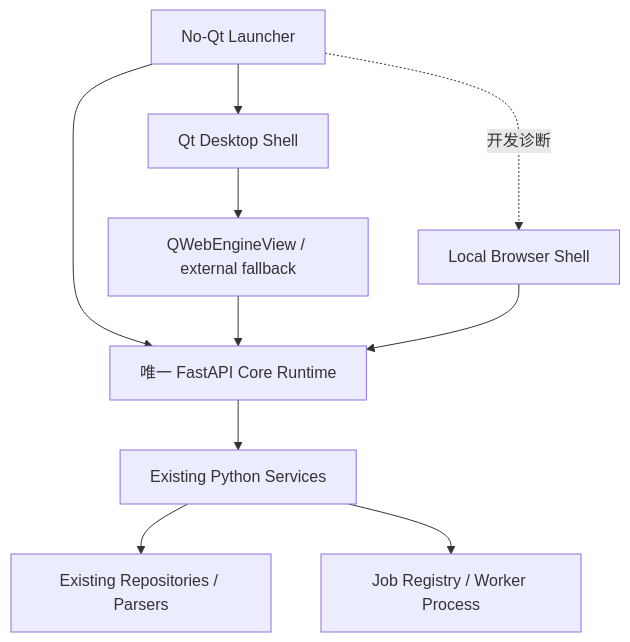
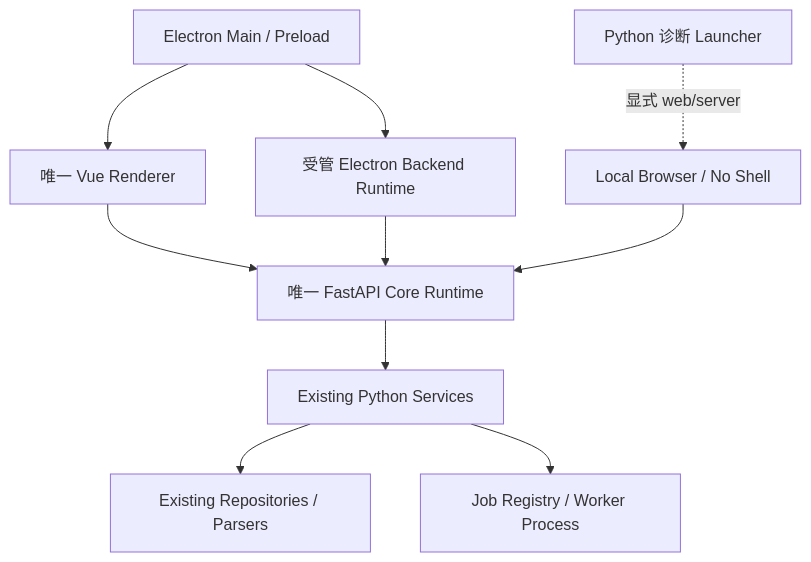
The first of 4 diagrams in docs/WEB_ARCHITECTURE.md (wxj183589/NetConsole), drawn with Mermaid before and after one commit. The commit also changed other lines of this file and 19 other files, not shown here.

````diff
--- a/docs/WEB_ARCHITECTURE.md
+++ b/docs/WEB_ARCHITECTURE.md
@@ -13,12 +13,12 @@
 ```mermaid
 flowchart TD
-    L["No-Qt Launcher"] --> API["唯一 FastAPI Core Runtime"]
-    L --> QS["Qt Desktop Shell"]
-    L -.开发诊断.-> B["Local Browser Shell"]
-    QS --> WV["QWebEngineView / external fallback"]
-    WV --> API
+    E["Electron Main / Preload"] --> V["唯一 Vue Renderer"]
+    E --> R["受管 Electron Backend Runtime"]
+    R --> API["唯一 FastAPI Core Runtime"]
+    L["Python 诊断 Launcher"] -.显式 web/server.-> B["Local Browser / No Shell"]
     B --> API
+    V --> API
     API --> CORE["Existing Python Services"]
     CORE --> REPO["Existing Repositories / Parsers"]
     CORE --> JOB["Job Registry / Worker Process"]
 ```
````
